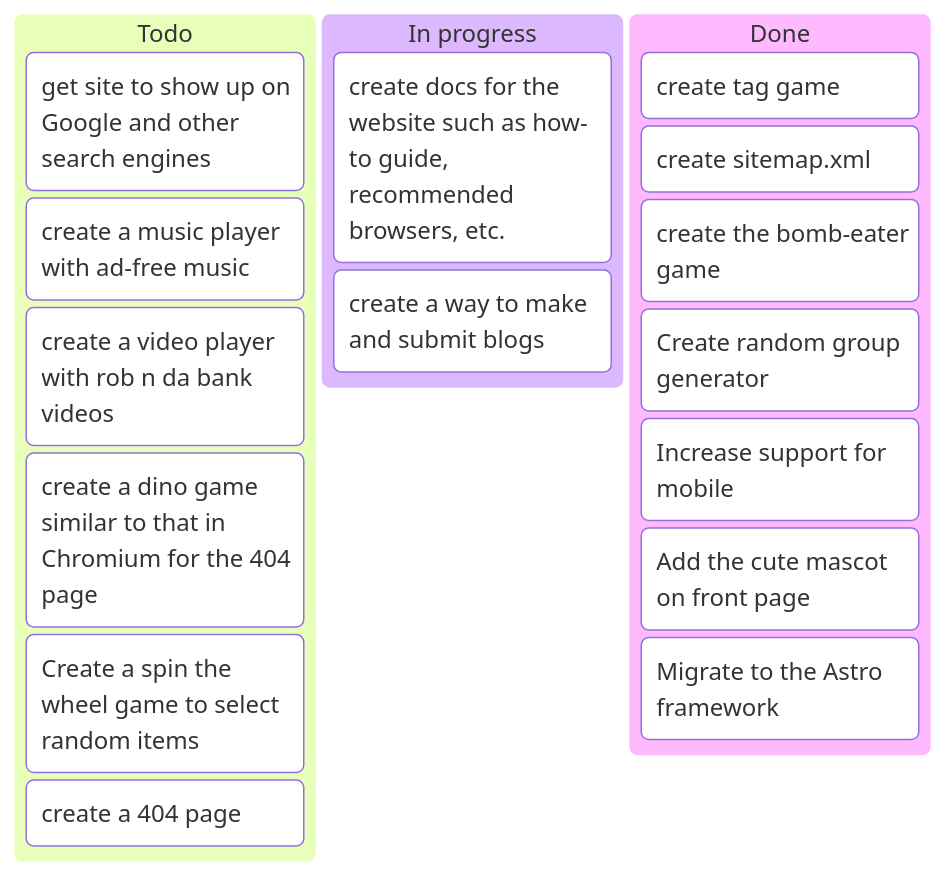
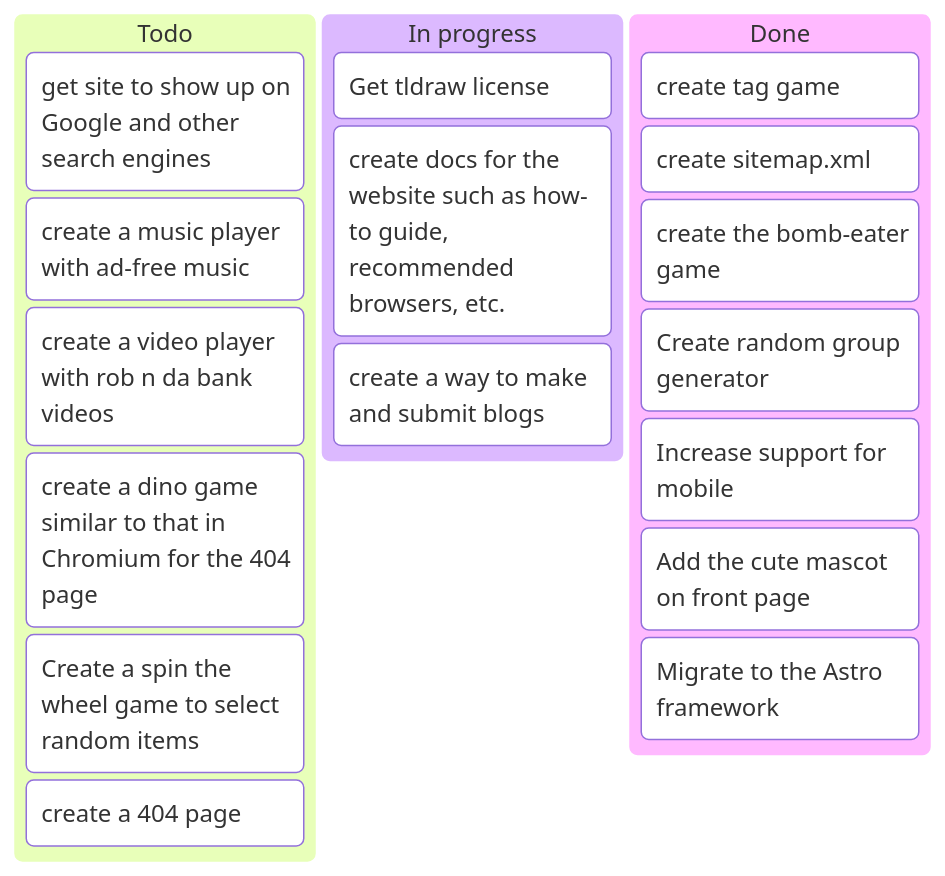
The diagram in README.md (MrCheesie/alris_games), drawn with Mermaid before and after one commit. The commit also changed other lines of this file and 16 other files, not shown here.

````diff
--- a/README.md
+++ b/README.md
@@ -140,22 +150,23 @@
 ```mermaid
 kanban
   Todo
     [get site to show up on Google and other search engines]
     [create a music player with ad-free music]
     [create a video player with rob n da bank videos]
     [create a dino game similar to that in Chromium for the 404 page]
     [Create a spin the wheel game to select random items]
     [create a 404 page]
   In progress
+    [Get tldraw license]
     [create docs for the website such as how-to guide, recommended browsers, etc.]
     [create a way to make and submit blogs]
-  
+
   Done
     [create tag game]
     [create sitemap.xml]
     [create the bomb-eater game]
     [Create random group generator]
     [Increase support for mobile]
     [Add the cute mascot on front page]
     [Migrate to the Astro framework]
 ```
````
